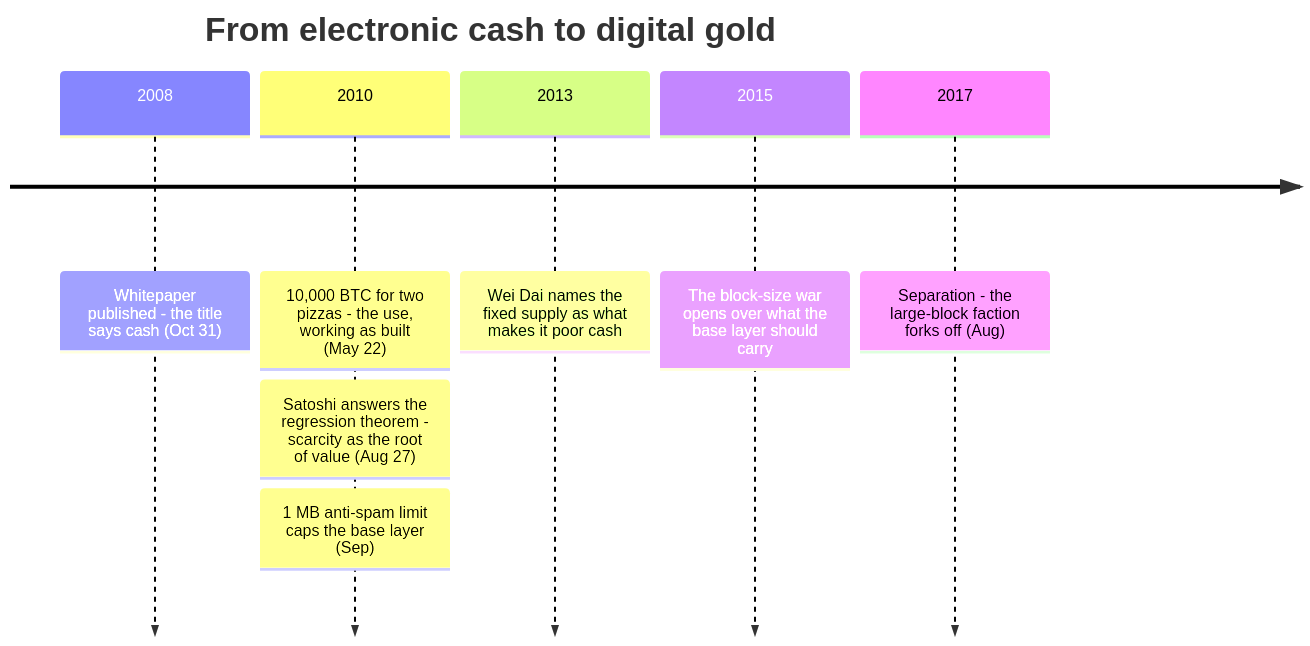
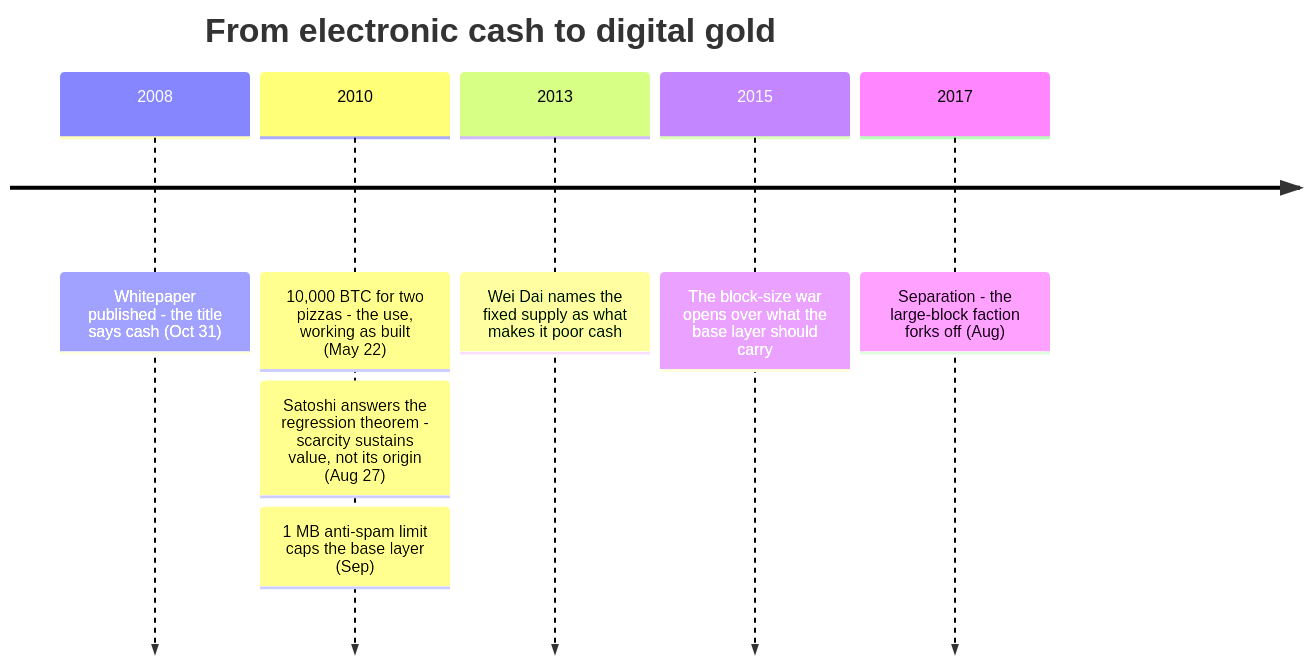
One commit to cypher256/BitcoinArchive changed the diagram in src/data/entries/en/analysis/2008-10-31-bitcoin-electronic-cash-vs-digital-gold.md. Above: the diagram before and after it, drawn with Mermaid. The commit also changed other lines of this file and 1 other file, not shown here.

Commit message:
Fix scarcity-as-value-origin overclaim in electronic-cash-vs-digital-gold
The topic-583 quote lists foreseen exchange usefulness, collectors,
and "any random reason" as candidate origins of value; it never
names scarcity as the origin. Corrects "the root of value is
scarcity" to scarcity as what sustains value once it exists, not
what creates it (body prose and the mermaid timeline label, EN+JA).

````diff
--- a/src/data/entries/en/analysis/2008-10-31-bitcoin-electronic-cash-vs-digital-gold.md
+++ b/src/data/entries/en/analysis/2008-10-31-bitcoin-electronic-cash-vs-digital-gold.md
@@ -88,17 +88,17 @@
 ```mermaid
 timeline
     title From electronic cash to digital gold
     2008 : Whitepaper published - the title says cash (Oct 31)
     %% link: /BitcoinArchive/entries/emails/cryptography/2008-10-31-bitcoin-whitepaper-final/
     2010 : 10,000 BTC for two pizzas - the use, working as built (May 22)
     %% link: /BitcoinArchive/entries/aftermath/2010-05-22-bitcoin-pizza-day/
-         : Satoshi answers the regression theorem - scarcity as the root of value (Aug 27)
+         : Satoshi answers the regression theorem - scarcity sustains value, not its origin (Aug 27)
     %% link: /BitcoinArchive/entries/forum/bitcointalk/topic-583/2010-08-27-re-bitcoin-does-not-violate-mises-regression-theorem/
          : 1 MB anti-spam limit caps the base layer (Sep)
     2013 : Wei Dai names the fixed supply as what makes it poor cash
     %% link: /BitcoinArchive/entries/analysis/2008-10-31-fixed-supply-vs-adjustable-money/
     2015 : The block-size war opens over what the base layer should carry
     %% link: /BitcoinArchive/entries/analysis/2015-08-15-block-size-war-2015-2017-overview/
     2017 : Separation - the large-block faction forks off (Aug)
     %% link: /BitcoinArchive/entries/aftermath/2017-08-01-bitcoin-cash-fork/
 ```
````
